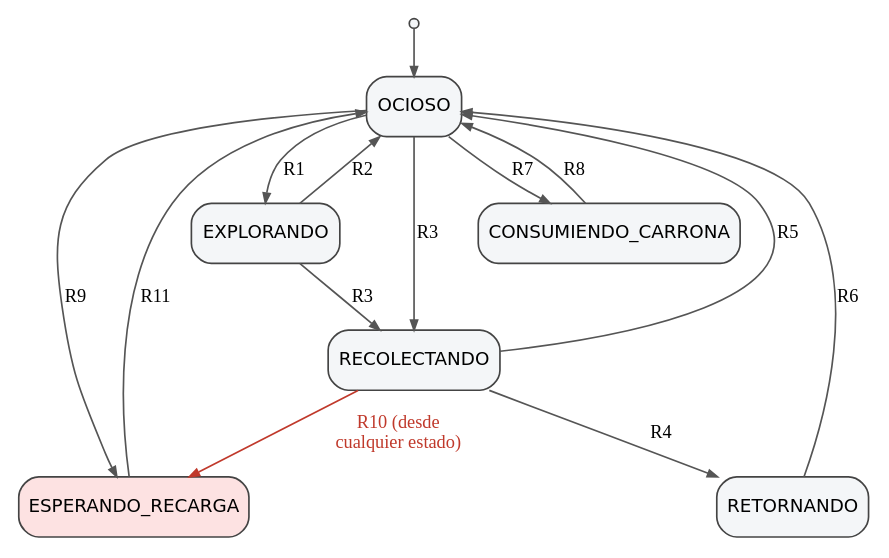
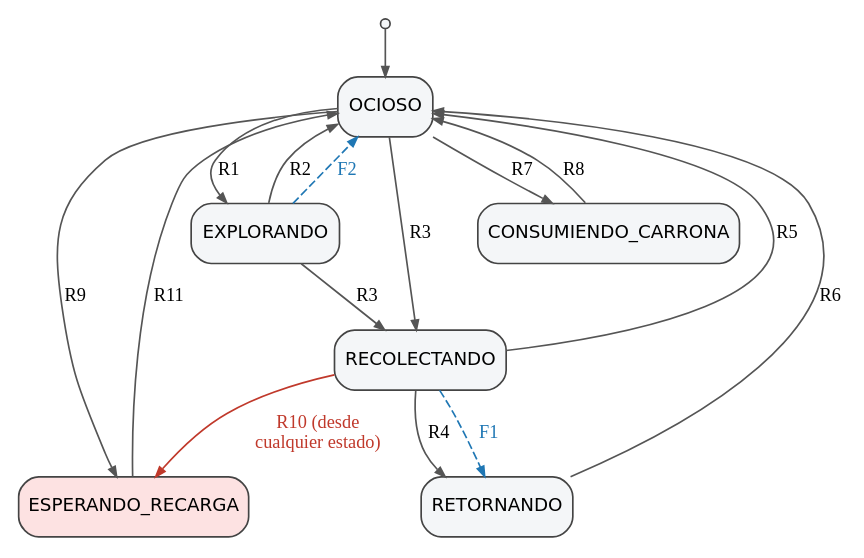
One commit to R0SEWT/cs-topics changed the diagram in labs/tb2/informe/diagramas/fsm_rover.dot. Above: the diagram before and after it, drawn with Graphviz. The commit also changed 29 other files, not shown here.

```diff
--- a/labs/tb2/informe/diagramas/fsm_rover.dot
+++ b/labs/tb2/informe/diagramas/fsm_rover.dot
@@ -1,19 +1,21 @@
 // FSM del rover (_rover, _retornar, _explorar_o_esperar). Los números remiten a la tabla de transiciones del informe.
 digraph fsm_rover {
   rankdir=TB; nodesep=0.3; ranksep=0.38; graph [fontname="DejaVu Sans"]; node [fontname="DejaVu Sans", fontsize=11, shape=box, style="rounded,filled", fillcolor="#f4f6f8", color="#444444", margin="0.08,0.05"]; edge [fontname="DejaVu Sans Bold", fontsize=11, color="#555555", arrowsize=0.6];
   r0 [shape=point, width=0.08];
   ESPERANDO_RECARGA [fillcolor="#fde2e2"];
   r0 -> OCIOSO;
   OCIOSO -> EXPLORANDO [label="R1"];
   EXPLORANDO -> OCIOSO [label="R2"];
   OCIOSO -> RECOLECTANDO [label="R3"];
   EXPLORANDO -> RECOLECTANDO [label="R3"];
   RECOLECTANDO -> RETORNANDO [label="R4"];
   RECOLECTANDO -> OCIOSO [label="R5"];
   RETORNANDO -> OCIOSO [label="R6"];
   OCIOSO -> CONSUMIENDO_CARRONA [label="R7"];
   CONSUMIENDO_CARRONA -> OCIOSO [label="R8"];
   OCIOSO -> ESPERANDO_RECARGA [label="R9"];
   RECOLECTANDO -> ESPERANDO_RECARGA [label="R10 (desde\ncualquier estado)", color="#c0392b", fontcolor="#c0392b"];
   ESPERANDO_RECARGA -> OCIOSO [label="R11"];
+  RECOLECTANDO -> RETORNANDO [label="F1", style=dashed, color="#1f77b4", fontcolor="#1f77b4"];
+  EXPLORANDO -> OCIOSO [label="F2", style=dashed, color="#1f77b4", fontcolor="#1f77b4"];
 }
```
